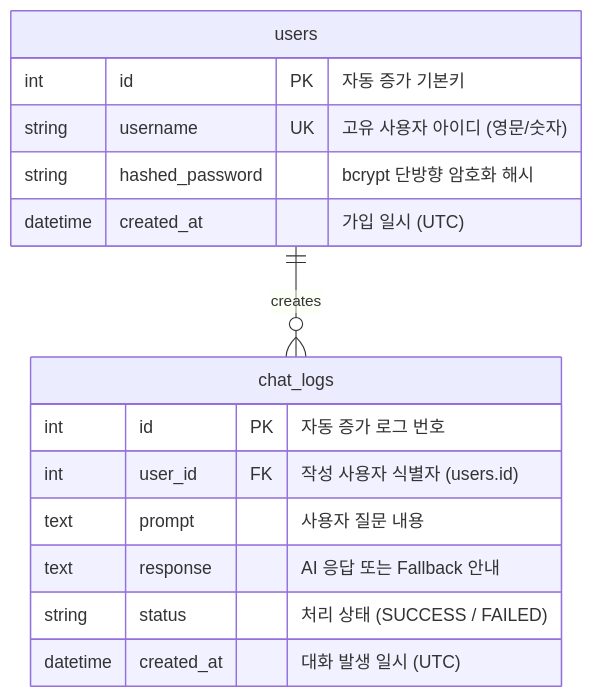
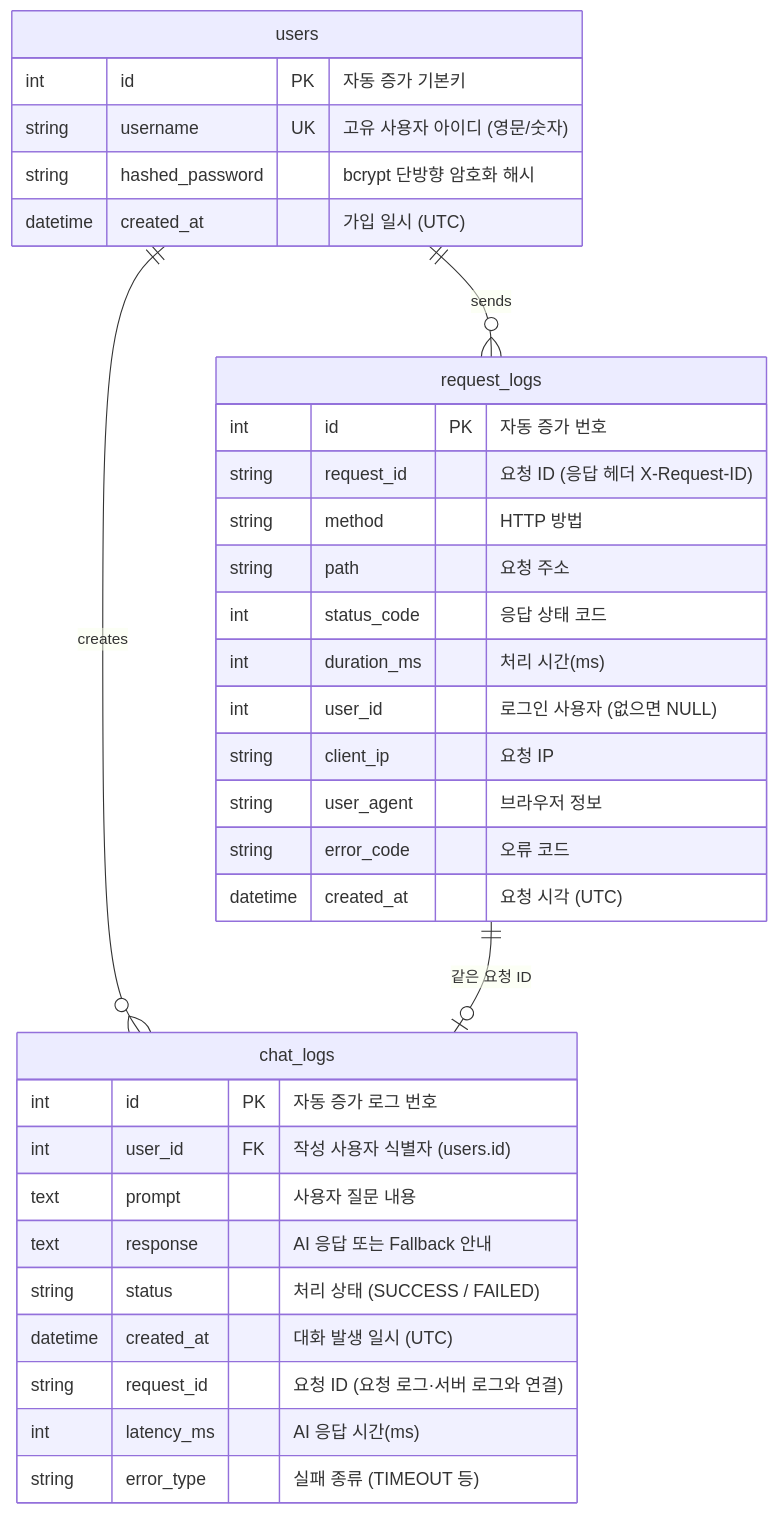
Before and after one commit to jha21vvv/codyssey-b7-1: the second of 2 diagrams in README.md, drawn with Mermaid. The commit also changed other lines of this file, not shown here.

````diff
--- a/README.md
+++ b/README.md
@@ -119,18 +127,36 @@
 ```mermaid
 erDiagram
     users ||--o{ chat_logs : "creates"
     users {
         int id PK "자동 증가 기본키"
         string username UK "고유 사용자 아이디 (영문/숫자)"
         string hashed_password "bcrypt 단방향 암호화 해시"
         datetime created_at "가입 일시 (UTC)"
     }
     chat_logs {
         int id PK "자동 증가 로그 번호"
         int user_id FK "작성 사용자 식별자 (users.id)"
         text prompt "사용자 질문 내용"
         text response "AI 응답 또는 Fallback 안내"
         string status "처리 상태 (SUCCESS / FAILED)"
         datetime created_at "대화 발생 일시 (UTC)"
+        string request_id "요청 ID (요청 로그·서버 로그와 연결)"
+        int latency_ms "AI 응답 시간(ms)"
+        string error_type "실패 종류 (TIMEOUT 등)"
+    }
+    users ||--o{ request_logs : "sends"
+    request_logs ||--o| chat_logs : "같은 요청 ID"
+    request_logs {
+        int id PK "자동 증가 번호"
+        string request_id "요청 ID (응답 헤더 X-Request-ID)"
+        string method "HTTP 방법"
+        string path "요청 주소"
+        int status_code "응답 상태 코드"
+        int duration_ms "처리 시간(ms)"
+        int user_id "로그인 사용자 (없으면 NULL)"
+        string client_ip "요청 IP"
+        string user_agent "브라우저 정보"
+        string error_code "오류 코드"
+        datetime created_at "요청 시각 (UTC)"
     }
 ```
````
